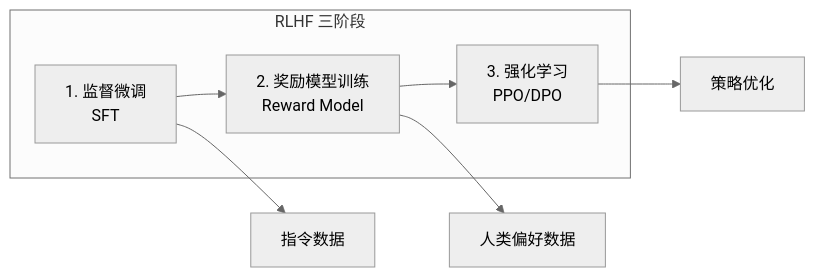
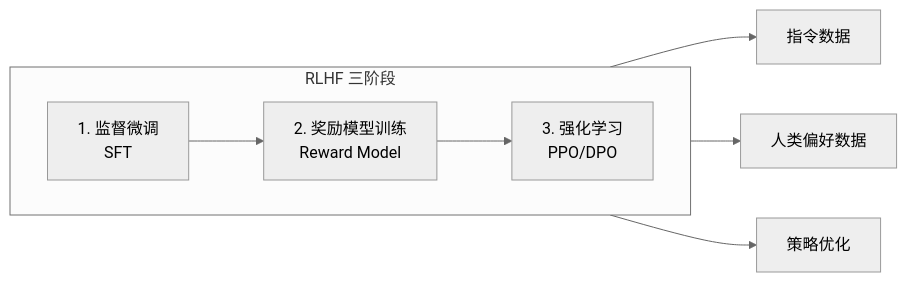
One commit to yeasy/ai_security_guide changed the second of 2 diagrams in 02_fundamentals/2.4_alignment_intro.md. Above: the diagram before and after it, drawn with Mermaid (neutral theme). The commit also changed other lines of this file and 74 other files, not shown here.

````diff
--- a/02_fundamentals/2.4_alignment_intro.md
+++ b/02_fundamentals/2.4_alignment_intro.md
@@ -80,11 +75,12 @@
 ```mermaid
 flowchart LR
-    subgraph "RLHF 三阶段"
-    A["1. 监督微调<br/>SFT"] --> B["2. 奖励模型训练<br/>Reward Model"]
-    B --> C["3. 强化学习<br/>PPO/DPO"]
+    subgraph rlhf_stages ["RLHF 三阶段"]
+        direction LR
+        A["1. 监督微调<br/>SFT"] --> B["2. 奖励模型训练<br/>Reward Model"]
+        B --> C["3. 强化学习<br/>PPO/DPO"]
     end
 
     A --> A1["指令数据"]
     B --> B1["人类偏好数据"]
     C --> C1["策略优化"]
 ```
````
